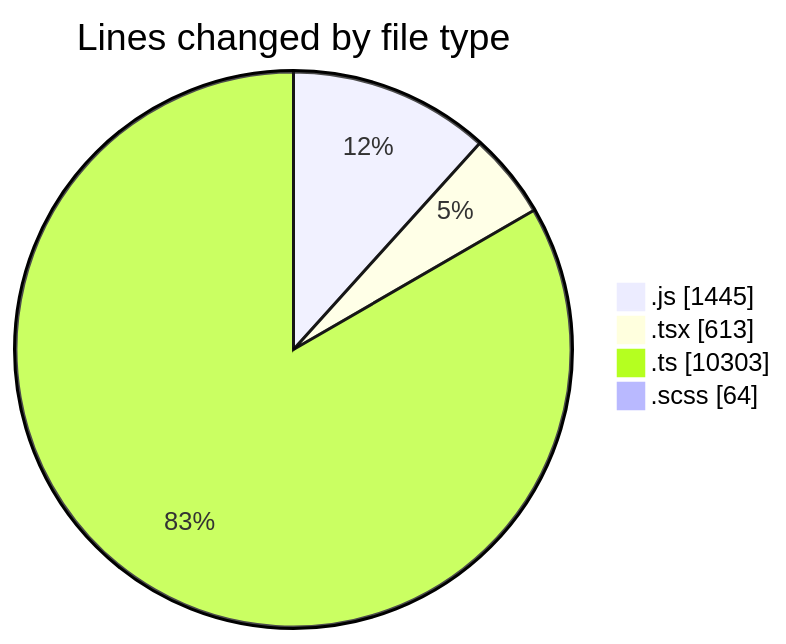
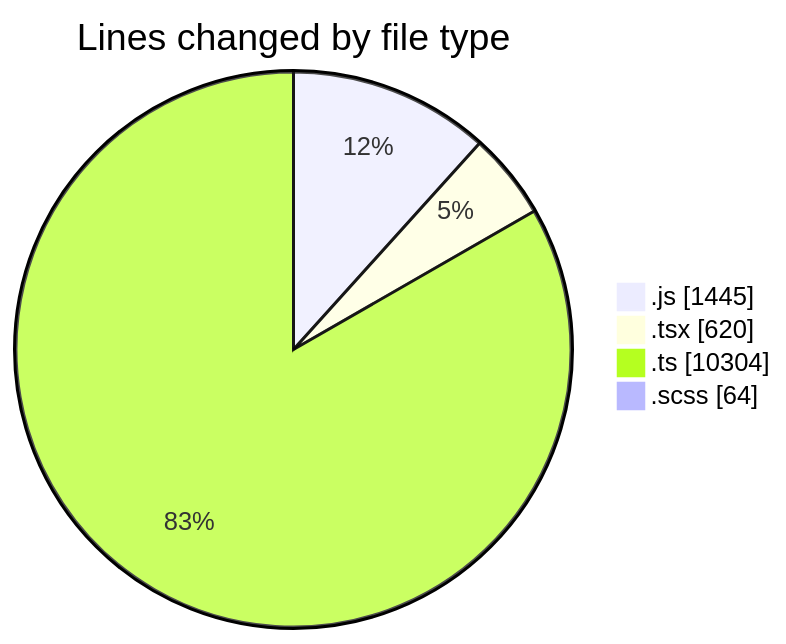
Before and after one commit to momahboobian/code-tracking: the first of 2 diagrams in 2025-03-13/cda/README.md, drawn with Mermaid. The commit also changed other lines of this file and 1 other file, not shown here.

````diff
--- a/2025-03-13/cda/README.md
+++ b/2025-03-13/cda/README.md
@@ -33,8 +33,8 @@
 ```mermaid
 pie showData
 title Lines changed by file type
 ".js" : 1445
-".tsx" : 613
-".ts" : 10303
+".tsx" : 620
+".ts" : 10304
 ".scss" : 64
 ```
````
